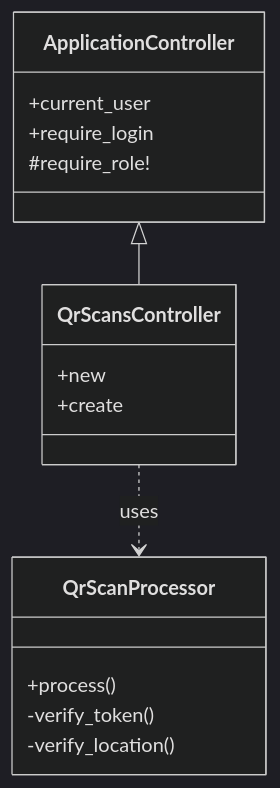
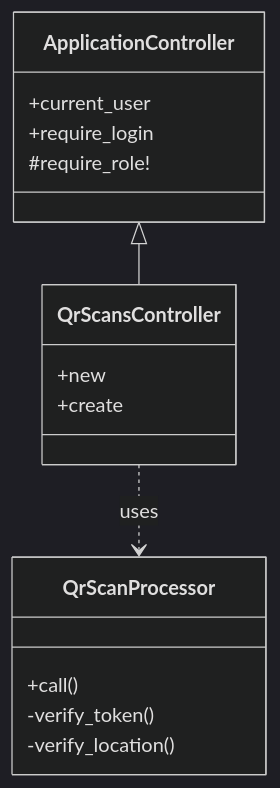
One commit to syusyusyusyu/Attendance changed the fourth of 5 diagrams in 解説.md. Above: the diagram before and after it, drawn with Mermaid (dark theme). The commit also changed other lines of this file and 2 other files, not shown here.

````diff
--- a/解説.md
+++ b/解説.md
@@ -992,20 +997,20 @@
 ```mermaid
 classDiagram
   class ApplicationController {
     +current_user
     +require_login
     #require_role!
   }
   class QrScansController {
     +new
     +create
   }
   class QrScanProcessor {
-    +process()
+    +call()
     -verify_token()
     -verify_location()
   }
   
   ApplicationController <|-- QrScansController
   QrScansController ..> QrScanProcessor : uses
 ```
````
